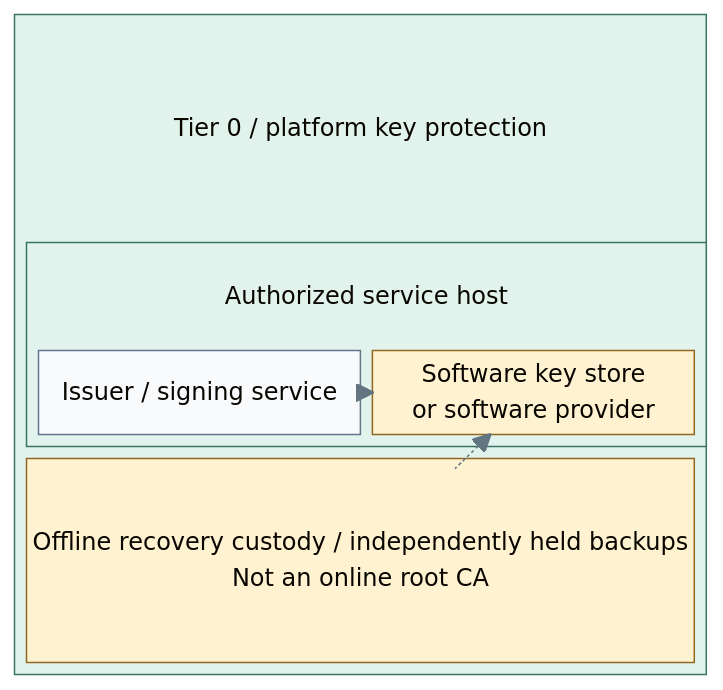
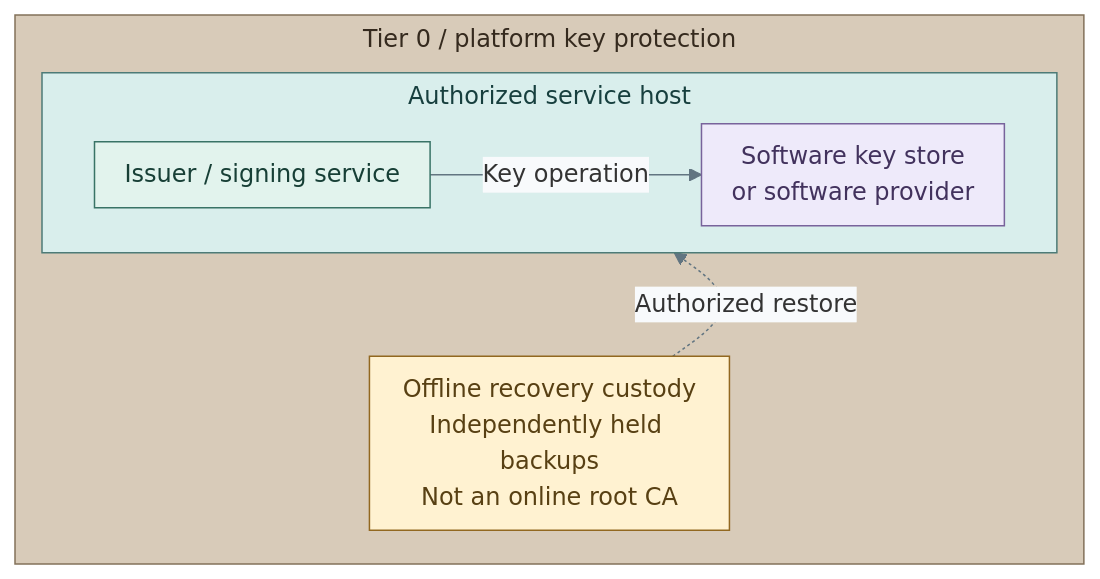
One commit to Rexus/homelab changed the first of 4 diagrams in docs/01-architecture/08-cryptography/03-hsm-selection.md. Above: the diagram before and after it, drawn with Mermaid. The commit also changed other lines of this file and 108 other files, not shown here.

Commit message:
docs(diagrams): unify visual language and opening views

````diff
--- a/docs/01-architecture/08-cryptography/03-hsm-selection.md
+++ b/docs/01-architecture/08-cryptography/03-hsm-selection.md
@@ -29,25 +29,27 @@
 ```mermaid
-%%{init: {"theme":"base","flowchart":{"nodeSpacing":20,"rankSpacing":24,"padding":12,"subGraphTitleMargin":{"top":4,"bottom":12}},"themeVariables":{"lineColor":"#627581","edgeLabelBackground":"#f8fafc"}}}%%
-block-beta
-  columns 1
-  block:T0
-    columns 1
-    T0Title["Tier 0 / platform key protection"]
-    block:Host
-      columns 2
-      HostTitle["Authorized service host"]:2
+%%{init: {"theme":"base","flowchart":{"nodeSpacing":16,"rankSpacing":20,"padding":10,"subGraphTitleMargin":{"top":4,"bottom":12}},"themeVariables":{"lineColor":"#627581","edgeLabelBackground":"#f8fafc"}}}%%
+flowchart TB
+  subgraph T0["Tier 0 / platform key protection"]
+    direction TB
+    subgraph Host["Authorized service host"]
+      direction LR
       Service["Issuer / signing service"]
       Provider["Software key store<br/>or software provider"]
+      Service -->|Key operation| Provider
     end
-    Recovery["Offline recovery custody / independently held backups<br/>Not an online root CA"]
+    Recovery["Offline recovery custody<br/>Independently held backups<br/>Not an online root CA"]
+    Host ~~~ Recovery
+    Recovery -. Authorized restore .-> Host
   end
-  Service --> Provider
-  Recovery -.-> Provider
   classDef default fill:#f8fafc,stroke:#64748b,color:#1f2937
+  classDef tier0 fill:#d8cbb9,stroke:#83715a,color:#352a1e
+  classDef runtime fill:#d9eeec,stroke:#4d7b77,color:#173f3e
   classDef control fill:#e2f3ed,stroke:#397366,color:#173f36
-  classDef controlHeading fill:#e2f3ed,stroke:#e2f3ed,color:#173f36
+  classDef data fill:#eeeafa,stroke:#78639b,color:#42325d
   classDef custody fill:#fff2d1,stroke:#926820,color:#584013
-  class T0,Host control
-  class T0Title,HostTitle controlHeading
-  class Provider,Recovery custody
+  class T0 tier0
+  class Host runtime
+  class Service control
+  class Provider data
+  class Recovery custody
 ```
````
